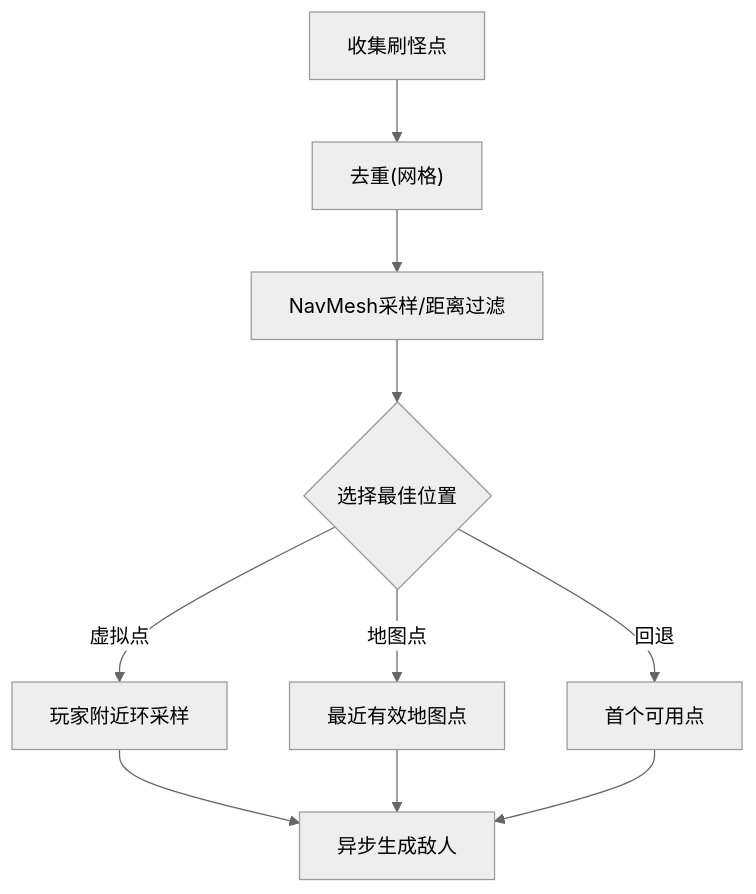
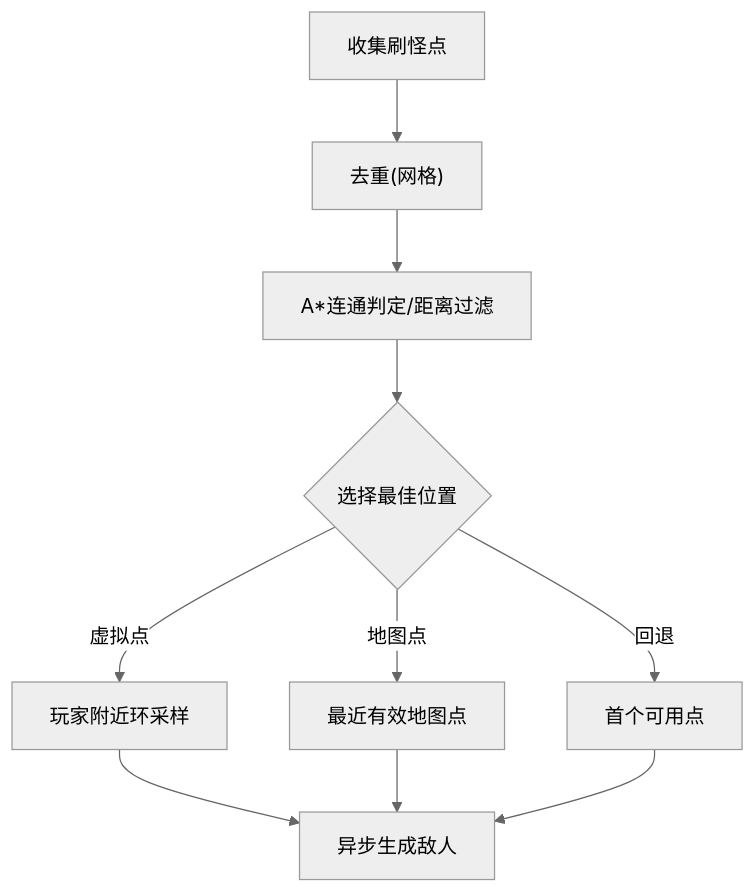
One commit to GASEN1216/BossRushMod changed the ninth of 10 diagrams in .qoder/repowiki/zh/content/项目概览/核心功能特性/游戏模式系统/僵尸模式.md. Above: the diagram before and after it, drawn with Mermaid (neutral theme). The commit also changed other lines of this file and 82 other files, not shown here.

````diff
--- a/.qoder/repowiki/zh/content/项目概览/核心功能特性/游戏模式系统/僵尸模式.md
+++ b/.qoder/repowiki/zh/content/项目概览/核心功能特性/游戏模式系统/僵尸模式.md
@@ -333,12 +333,12 @@
 ```mermaid
 flowchart TD
 SStart["收集刷怪点"] --> Dedup["去重(网格)"]
-Dedup --> Sample["NavMesh采样/距离过滤"]
+Dedup --> Sample["A*连通判定/距离过滤"]
 Sample --> Choose{"选择最佳位置"}
 Choose --> |虚拟点| Virtual["玩家附近环采样"]
 Choose --> |地图点| Map["最近有效地图点"]
 Choose --> |回退| Fallback["首个可用点"]
 Virtual --> Spawn["异步生成敌人"]
 Map --> Spawn
 Fallback --> Spawn
 ```
````
